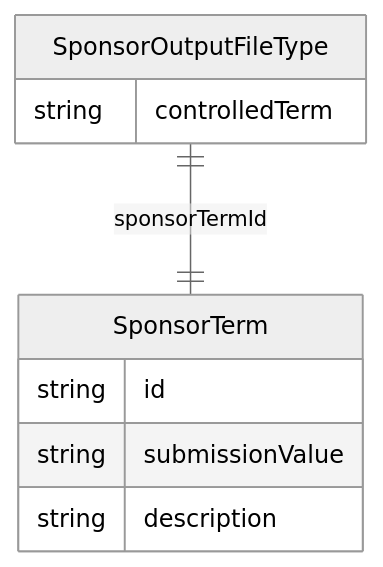
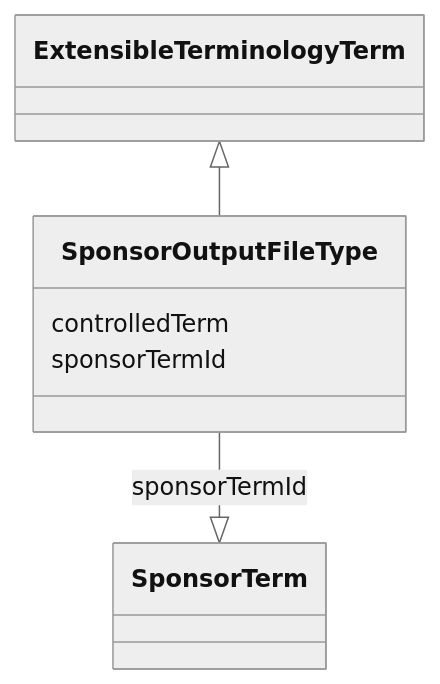
The diagram in project/docs/SponsorOutputFileType.md (cdisc-org/analysis-results-standard), drawn with Mermaid (neutral theme) before and after one commit. The commit also changed 256 other files, not shown here.

Commit message:
Documentation diagrams

````diff
--- a/project/docs/SponsorOutputFileType.md
+++ b/project/docs/SponsorOutputFileType.md
@@ -13,14 +15,13 @@
 ```mermaid
-erDiagram
-SponsorOutputFileType {
-    string controlledTerm  
-}
-SponsorTerm {
-    string id  
-    string submissionValue  
-    string description  
-}
-
-SponsorOutputFileType ||--|| SponsorTerm : "sponsorTermId"
-
+ classDiagram
+    class SponsorOutputFileType
+      ExtensibleTerminologyTerm <|-- SponsorOutputFileType
+      
+      SponsorOutputFileType : controlledTerm
+        
+      SponsorOutputFileType : sponsorTermId
+        
+          SponsorOutputFileType --|> SponsorTerm : sponsorTermId
+        
+      
 ```
````
